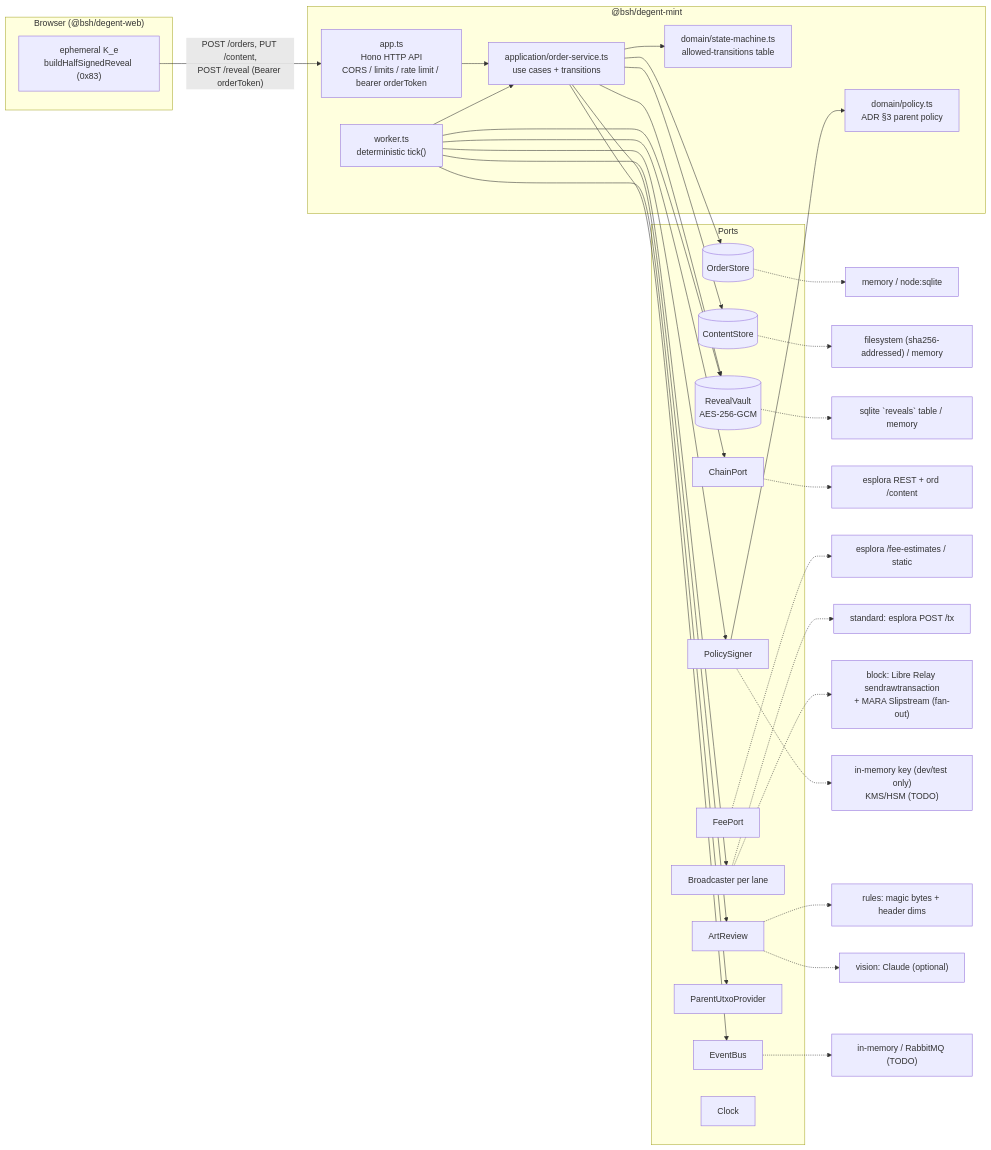
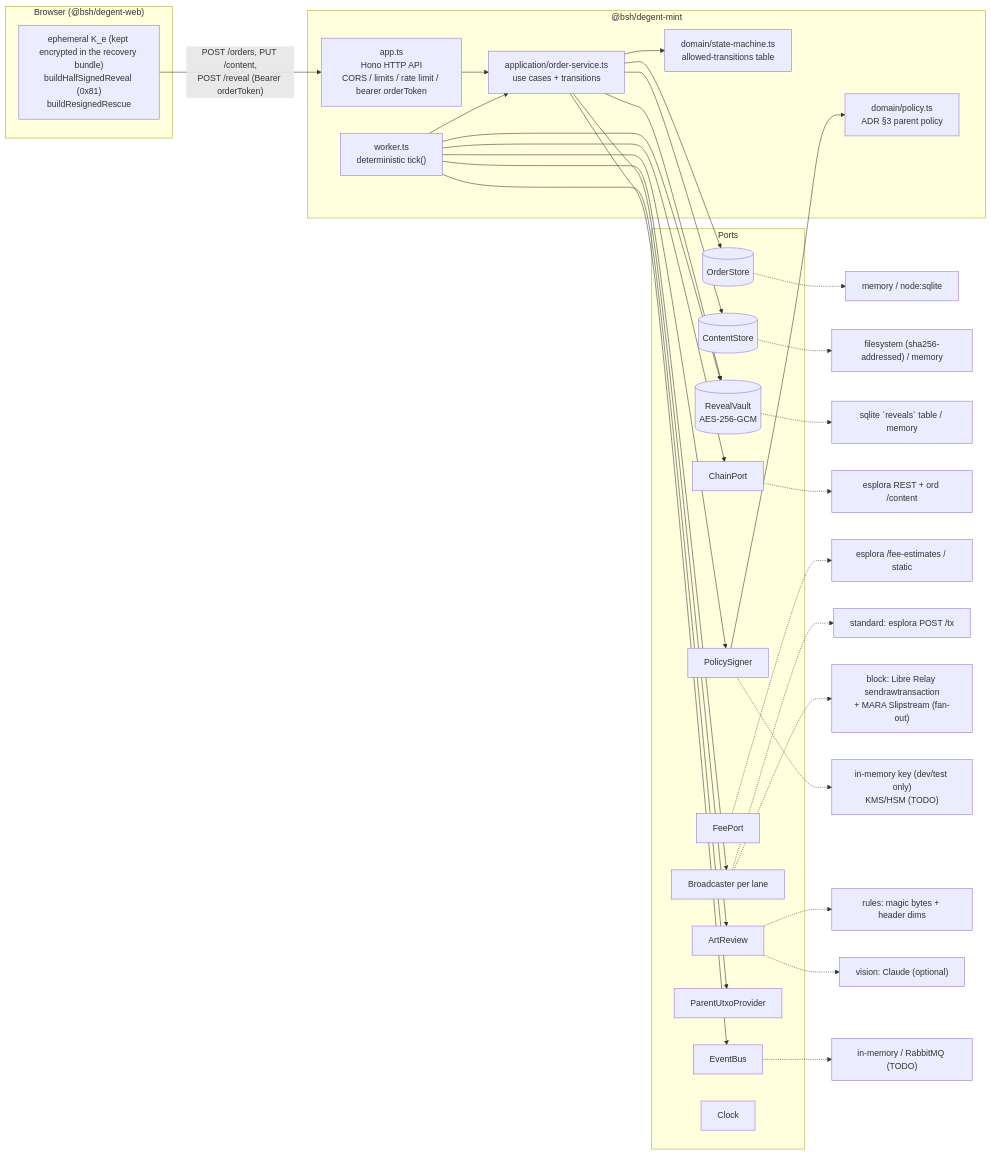
Before and after one commit to DegentClub/degent: the diagram in products/degent/services/mint/README.md, drawn with Mermaid. The commit also changed other lines of this file and 12 other files, not shown here.

First line of the commit message:
mint: adopt SIGHASH_ALL|ANYONECANPAY reveals and the re-signed rescue (ADR-0005)

````diff
--- a/products/degent/services/mint/README.md
+++ b/products/degent/services/mint/README.md
@@ -19,43 +19,43 @@
 ```mermaid
 flowchart LR
   subgraph Browser["Browser (@bsh/degent-web)"]
-    K["ephemeral K_e<br/>buildHalfSignedReveal (0x83)"]
+    K["ephemeral K_e (kept encrypted in the recovery bundle)<br/>buildHalfSignedReveal (0x81)<br/>buildResignedRescue"]
   end
   subgraph Service["@bsh/degent-mint"]
     API["app.ts<br/>Hono HTTP API<br/>CORS / limits / rate limit / bearer orderToken"]
     OS["application/order-service.ts<br/>use cases + transitions"]
     SM["domain/state-machine.ts<br/>allowed-transitions table"]
     POL["domain/policy.ts<br/>ADR §3 parent policy"]
     W["worker.ts<br/>deterministic tick()"]
   end
   subgraph Ports
     OSt[(OrderStore)]
     CS[(ContentStore)]
     RV[(RevealVault<br/>AES-256-GCM)]
     CH[ChainPort]
     FE[FeePort]
     BR[Broadcaster per lane]
     PS[PolicySigner]
     AR[ArtReview]
     PU[ParentUtxoProvider]
     EB[EventBus]
     CL[Clock]
   end
   K -- "POST /orders, PUT /content,<br/>POST /reveal (Bearer orderToken)" --> API
   API --> OS --> SM
   W --> OS
   OS --> OSt & CS & RV & AR & EB
   W --> CH & PU & PS & BR & RV
   PS --> POL
   OSt -.-> MemOS["memory / node:sqlite"]
   CS -.-> FsCS["filesystem (sha256-addressed) / memory"]
   RV -.-> SQ["sqlite `reveals` table / memory"]
   CH -.-> ESP["esplora REST + ord /content"]
   FE -.-> ESPF["esplora /fee-estimates / static"]
   BR -.-> STD["standard: esplora POST /tx"]
   BR -.-> BLK["block: Libre Relay sendrawtransaction<br/>+ MARA Slipstream (fan-out)"]
   PS -.-> MEM["in-memory key (dev/test only)<br/>KMS/HSM (TODO)"]
   AR -.-> RULES["rules: magic bytes + header dims"]
   AR -.-> VIS["vision: Claude (optional)"]
   EB -.-> BUS["in-memory / RabbitMQ (TODO)"]
 ```
````
